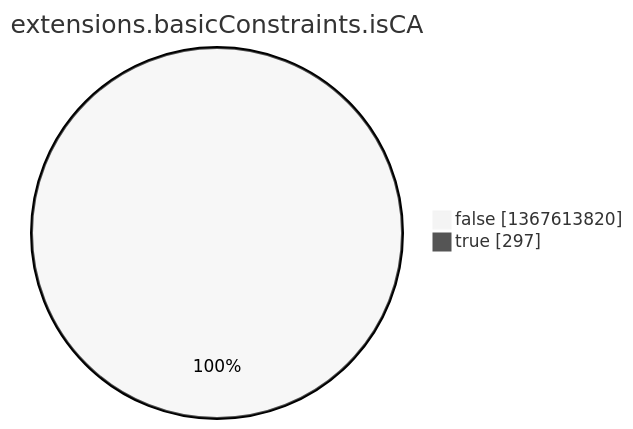
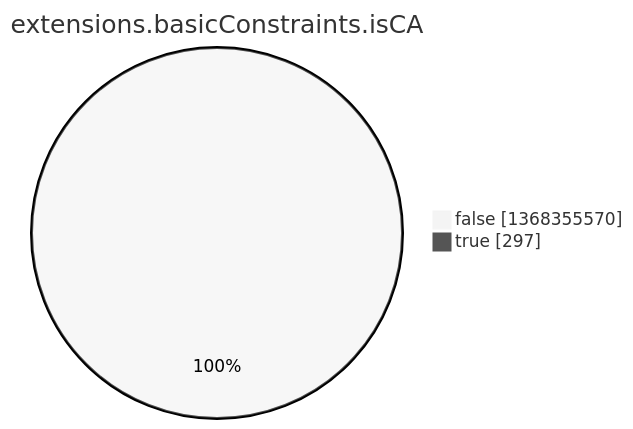
Before and after one commit to christiankrug/ctmonitor_visualization: the eighth of 15 diagrams in argon2022/README.md, drawn with Mermaid (neutral theme). The commit also changed other lines of this file, not shown here.

````diff
--- a/argon2022/README.md
+++ b/argon2022/README.md
@@ -2759,6 +2759,6 @@
 ```mermaid
 pie showData
 title extensions.basicConstraints.isCA
-"false" :1367613820
+"false" :1368355570
 "true" :297
 ```
````
